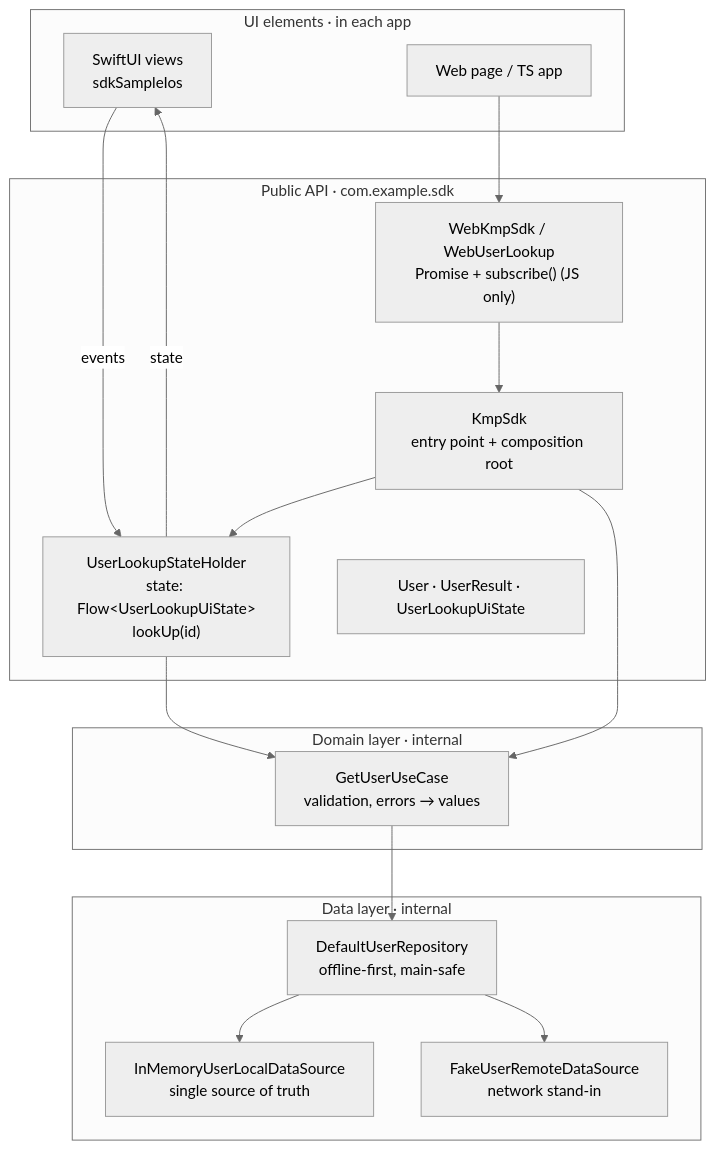
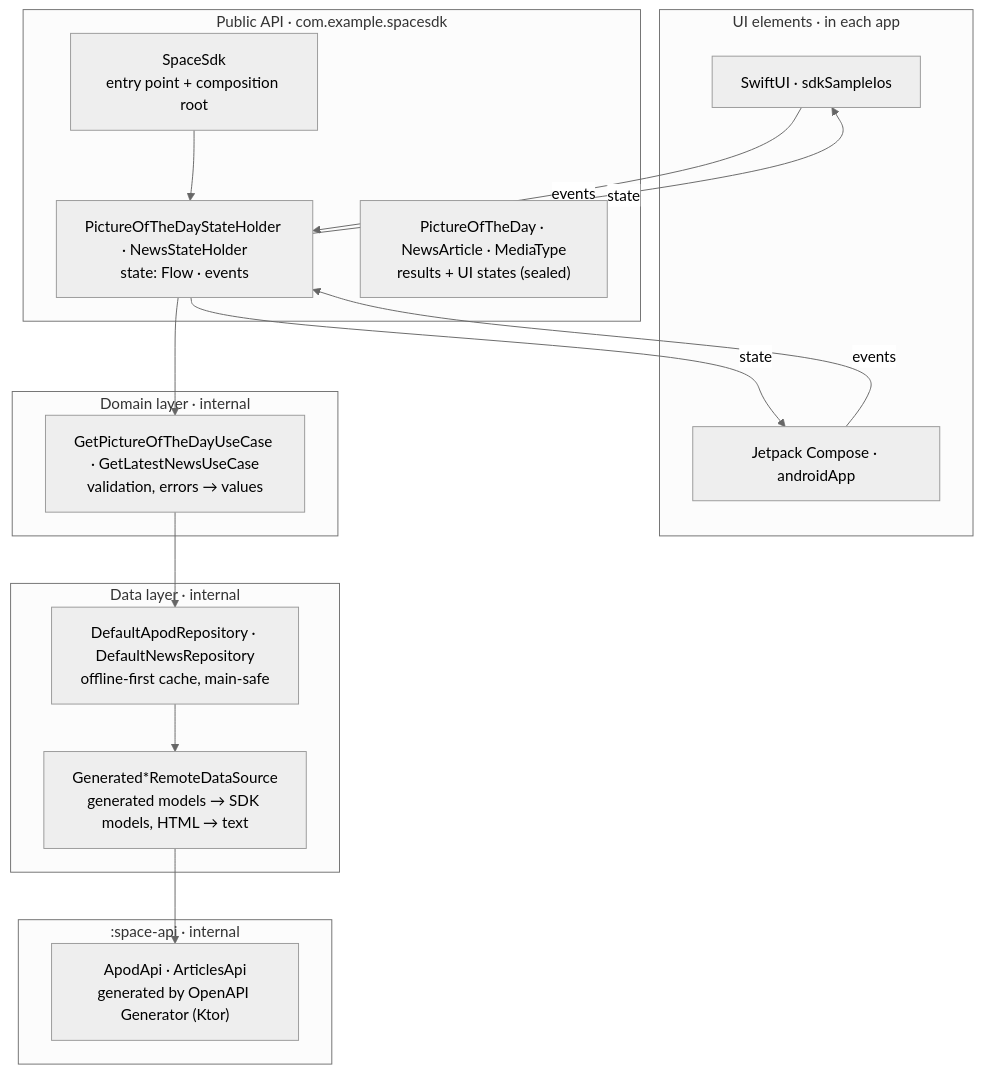
The third of 3 diagrams in README.md (bdiesel/kmp-spm), drawn with Mermaid (neutral theme) before and after one commit. The commit also changed other lines of this file and 33 other files, not shown here.

First line of the commit message:
SpaceSdk: APOD + Spaceflight News features; remove user-lookup example

````diff
--- a/README.md
+++ b/README.md
@@ -274,32 +288,32 @@
 ```mermaid
 flowchart TB
     subgraph apps["UI elements · in each app"]
-        Swift["SwiftUI views<br/>sdkSampleIos"]
-        Web["Web page / TS app"]
+        Swift["SwiftUI · sdkSampleIos"]
+        Compose["Jetpack Compose · androidApp"]
     end
 
-    subgraph public["Public API · com.example.sdk"]
-        SDK["KmpSdk<br/>entry point + composition root"]
-        SH["UserLookupStateHolder<br/>state: Flow&lt;UserLookupUiState&gt;<br/>lookUp(id)"]
-        WebF["WebKmpSdk / WebUserLookup<br/>Promise + subscribe() (JS only)"]
-        Models["User · UserResult · UserLookupUiState"]
+    subgraph public["Public API · com.example.spacesdk"]
+        SDK["SpaceSdk<br/>entry point + composition root"]
+        SH["PictureOfTheDayStateHolder · NewsStateHolder<br/>state: Flow · events"]
+        Models["PictureOfTheDay · NewsArticle · MediaType<br/>results + UI states (sealed)"]
     end
 
     subgraph domain["Domain layer · internal"]
-        UC["GetUserUseCase<br/>validation, errors → values"]
+        UC["GetPictureOfTheDayUseCase · GetLatestNewsUseCase<br/>validation, errors → values"]
     end
 
     subgraph data["Data layer · internal"]
-        Repo["DefaultUserRepository<br/>offline-first, main-safe"]
-        Local["InMemoryUserLocalDataSource<br/>single source of truth"]
-        Remote["FakeUserRemoteDataSource<br/>network stand-in"]
+        Repo["DefaultApodRepository · DefaultNewsRepository<br/>offline-first cache, main-safe"]
+        Remote["Generated*RemoteDataSource<br/>generated models → SDK models, HTML → text"]
+    end
+
+    subgraph api[":space-api · internal"]
+        Gen["ApodApi · ArticlesApi<br/>generated by OpenAPI Generator (Ktor)"]
     end
 
     Swift -- "events" --> SH
     SH -- "state" --> Swift
-    Web --> WebF --> SDK
-    SDK --> SH --> UC --> Repo
-    SDK --> UC
-    Repo --> Local
-    Repo --> Remote
+    Compose -- "events" --> SH
+    SH -- "state" --> Compose
+    SDK --> SH --> UC --> Repo --> Remote --> Gen
 ```
````
